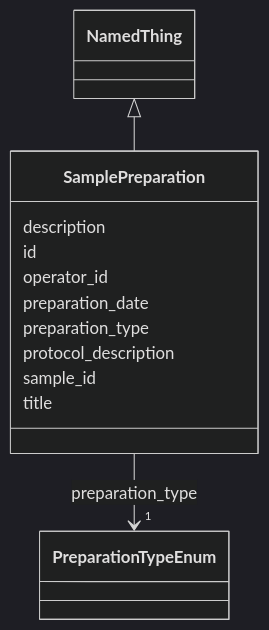
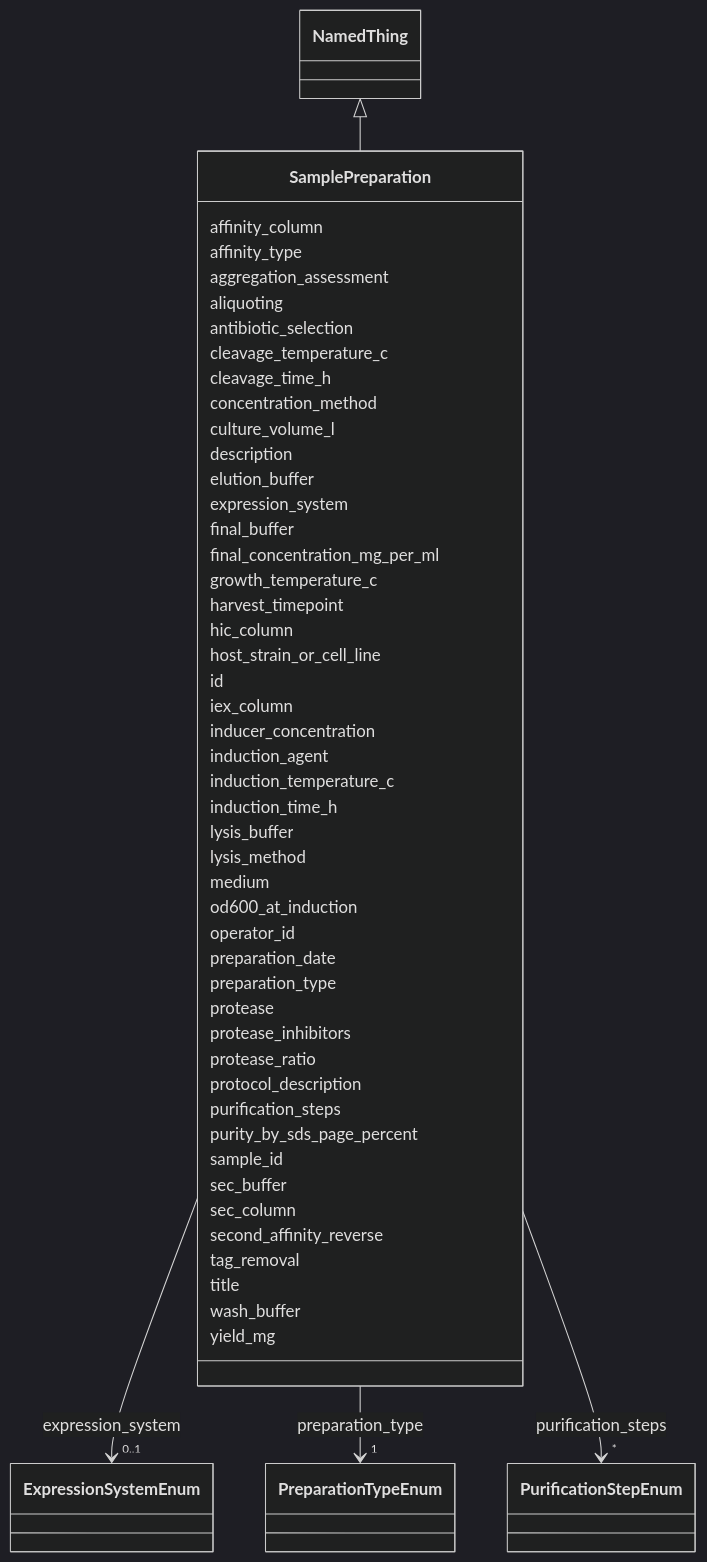
Before and after one commit to lambda-ber/lambda-ber-schema: the diagram in docs/SamplePreparation.md, drawn with Mermaid (dark theme). The commit also changed other lines of this file and 338 other files, not shown here.

````diff
--- a/docs/SamplePreparation.md
+++ b/docs/SamplePreparation.md
@@ -22,9 +22,70 @@
       NamedThing <|-- SamplePreparation
         click NamedThing href "../NamedThing/"
       
+      SamplePreparation : affinity_column
+        
+      SamplePreparation : affinity_type
+        
+      SamplePreparation : aggregation_assessment
+        
+      SamplePreparation : aliquoting
+        
+      SamplePreparation : antibiotic_selection
+        
+      SamplePreparation : cleavage_temperature_c
+        
+      SamplePreparation : cleavage_time_h
+        
+      SamplePreparation : concentration_method
+        
+      SamplePreparation : culture_volume_l
+        
       SamplePreparation : description
         
+      SamplePreparation : elution_buffer
+        
+      SamplePreparation : expression_system
+        
+          
+    
+        
+        
+        SamplePreparation --> "0..1" ExpressionSystemEnum : expression_system
+        click ExpressionSystemEnum href "../ExpressionSystemEnum/"
+    
+
+        
+      SamplePreparation : final_buffer
+        
+      SamplePreparation : final_concentration_mg_per_ml
+        
+      SamplePreparation : growth_temperature_c
+        
+      SamplePreparation : harvest_timepoint
+        
+      SamplePreparation : hic_column
+        
+      SamplePreparation : host_strain_or_cell_line
+        
       SamplePreparation : id
+        
+      SamplePreparation : iex_column
+        
+      SamplePreparation : inducer_concentration
+        
+      SamplePreparation : induction_agent
+        
+      SamplePreparation : induction_temperature_c
+        
+      SamplePreparation : induction_time_h
+        
+      SamplePreparation : lysis_buffer
+        
+      SamplePreparation : lysis_method
+        
+      SamplePreparation : medium
+        
+      SamplePreparation : od600_at_induction
         
       SamplePreparation : operator_id
         
@@ -41,11 +102,42 @@
     
 
         
+      SamplePreparation : protease
+        
+      SamplePreparation : protease_inhibitors
+        
+      SamplePreparation : protease_ratio
+        
       SamplePreparation : protocol_description
+        
+      SamplePreparation : purification_steps
+        
+          
+    
+        
+        
+        SamplePreparation --> "*" PurificationStepEnum : purification_steps
+        click PurificationStepEnum href "../PurificationStepEnum/"
+    
+
+        
+      SamplePreparation : purity_by_sds_page_percent
         
       SamplePreparation : sample_id
         
+      SamplePreparation : sec_buffer
+        
+      SamplePreparation : sec_column
+        
+      SamplePreparation : second_affinity_reverse
+        
+      SamplePreparation : tag_removal
+        
       SamplePreparation : title
+        
+      SamplePreparation : wash_buffer
+        
+      SamplePreparation : yield_mg
         
       
 ```
````
